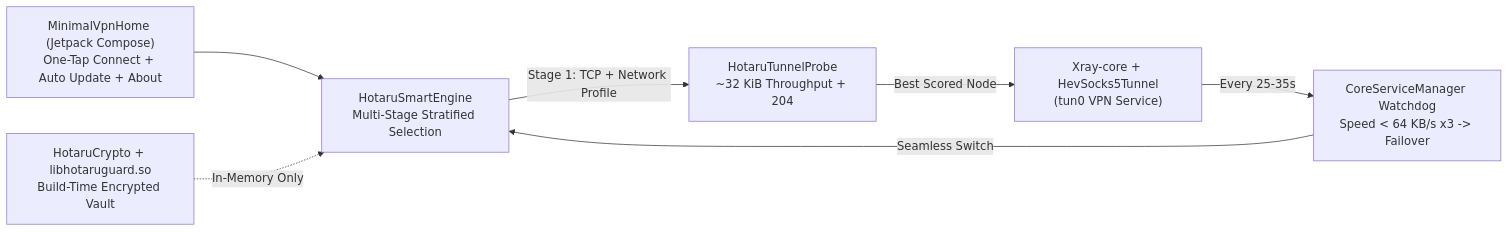
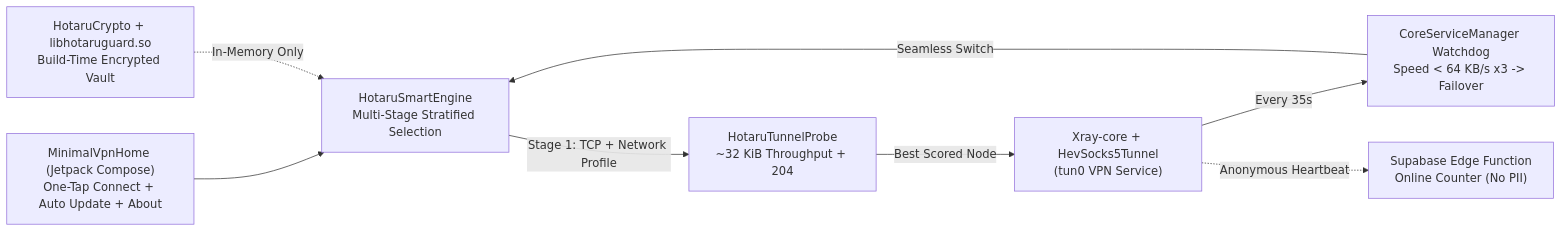
Before and after one commit to OneForAllHub/HotaruNet: the diagram in ARCHITECTURE.fa.md, drawn with Mermaid. The commit also changed other lines of this file and 14 other files, not shown here.

````diff
--- a/ARCHITECTURE.fa.md
+++ b/ARCHITECTURE.fa.md
@@ -13,9 +13,10 @@
 ```mermaid
 flowchart LR
     UI["MinimalVpnHome (Jetpack Compose)\nOne-Tap Connect + Auto Update + About"] --> Engine["HotaruSmartEngine\nMulti-Stage Stratified Selection"]
     Engine -->|Stage 1: TCP + Network Profile| Probe["HotaruTunnelProbe\n~32 KiB Throughput + 204"]
     Probe -->|Best Scored Node| Core["Xray-core + HevSocks5Tunnel\n(tun0 VPN Service)"]
-    Core -->|Every 25-35s| Watchdog["CoreServiceManager Watchdog\nSpeed < 64 KB/s x3 -> Failover"]
+    Core -->|Every 35s| Watchdog["CoreServiceManager Watchdog\nSpeed < 64 KB/s x3 -> Failover"]
     Watchdog -->|Seamless Switch| Engine
     Crypto["HotaruCrypto + libhotaruguard.so\nBuild-Time Encrypted Vault"] -.->|In-Memory Only| Engine
+    Core -.->|Anonymous Heartbeat| Telemetry["Supabase Edge Function\nOnline Counter (No PII)"]
 ```
````
